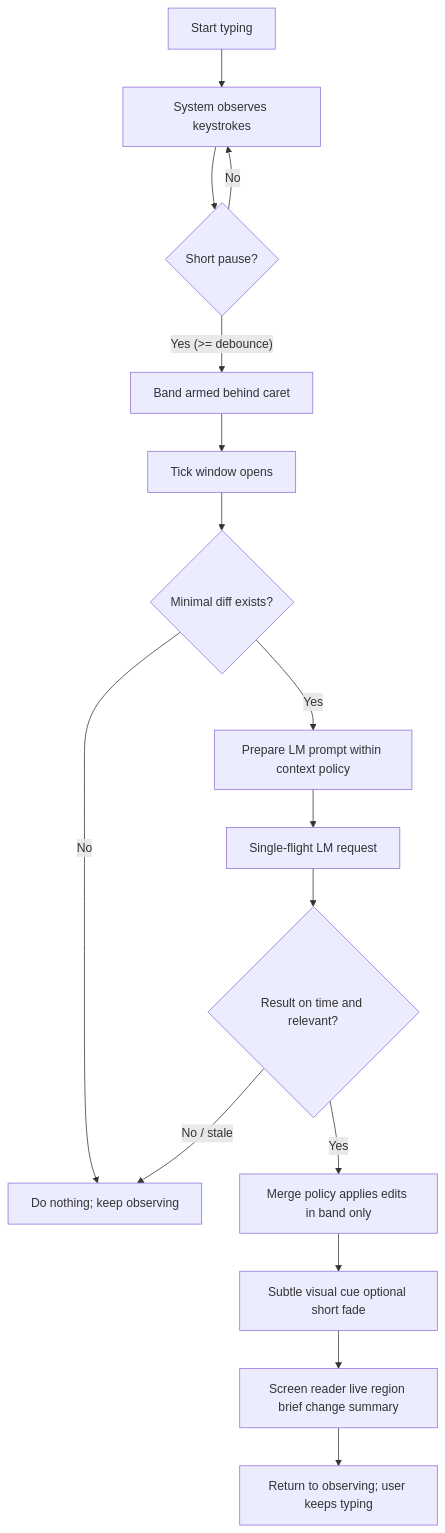
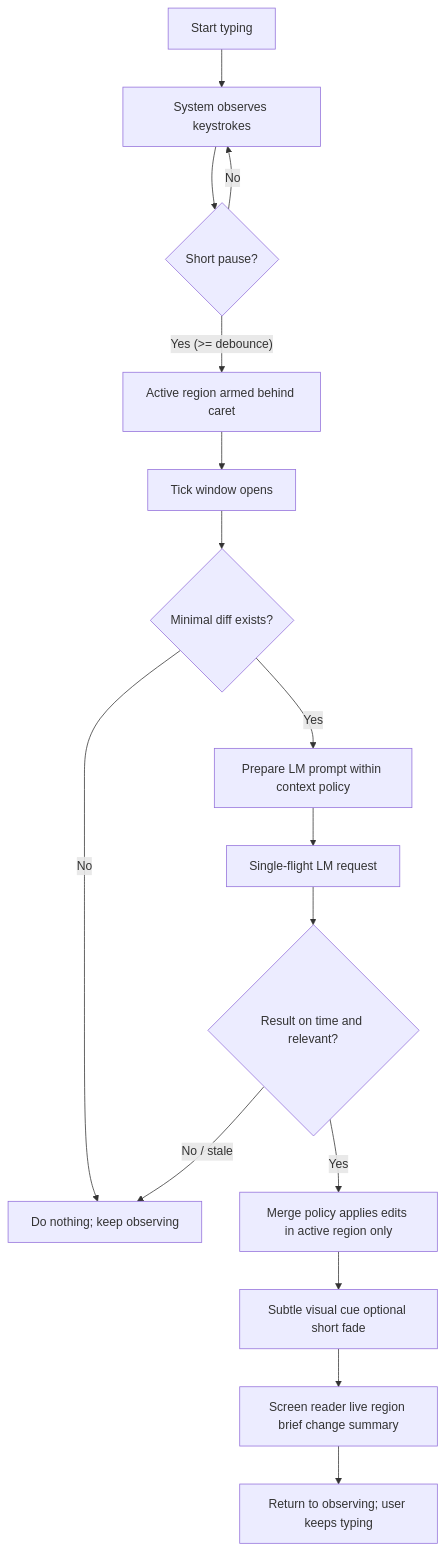
Before and after one commit to becktothefuture/MindType: the first of 5 diagrams in docs/06-guides/typing-lm-correction/README.md, drawn with Mermaid. The commit also changed other lines of this file and 90 other files, not shown here.

Commit message:
docs(core): unify active-region=20 words; add grapheme-safe mapping; ARIA live-region specifics; Rust-first traceability; SPEC stubs + doc:sync

````diff
--- a/docs/06-guides/typing-lm-correction/README.md
+++ b/docs/06-guides/typing-lm-correction/README.md
@@ -51,18 +51,18 @@
 ```mermaid
 flowchart TB
     A[Start typing] --> B[System observes keystrokes]
     B --> C{Short pause?}
     C -- No --> B
-    C -- Yes (>= debounce) --> D[Band armed behind caret]
+    C -- Yes (>= debounce) --> D[Active region armed behind caret]
     D --> E[Tick window opens]
     E --> F{Minimal diff exists?}
     F -- No --> G[Do nothing; keep observing]
     F -- Yes --> H[Prepare LM prompt within context policy]
     H --> I[Single-flight LM request]
     I --> J{Result on time and relevant?}
     J -- No / stale --> G
-    J -- Yes --> K[Merge policy applies edits in band only]
+    J -- Yes --> K[Merge policy applies edits in active region only]
     K --> L[Subtle visual cue optional short fade]
     L --> M[Screen reader live region brief change summary]
     M --> N[Return to observing; user keeps typing]
 ```
````
